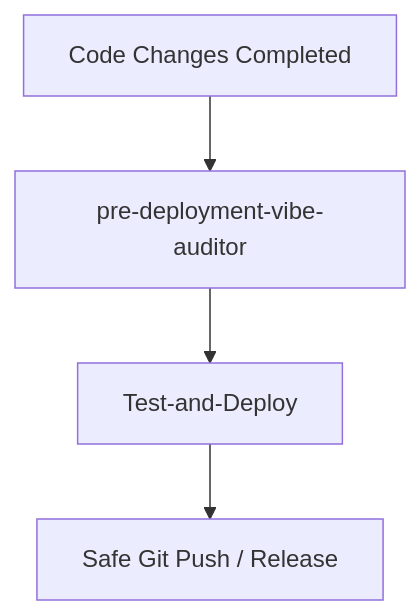
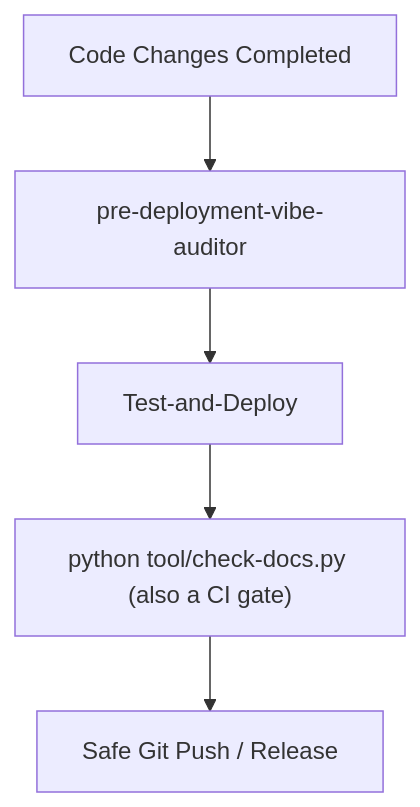
The third of 3 diagrams in HOW-TO.md (GigaionLLC/Airclone), drawn with Mermaid before and after one commit. The commit also changed other lines of this file and 81 other files, not shown here.

````diff
--- a/HOW-TO.md
+++ b/HOW-TO.md
@@ -74,6 +77,7 @@
 ```mermaid
 graph TD
     A[Code Changes Completed] --> B[pre-deployment-vibe-auditor]
     B --> C[Test-and-Deploy]
-    C --> D[Safe Git Push / Release]
+    C --> E["python tool/check-docs.py (also a CI gate)"]
+    E --> D[Safe Git Push / Release]
 ```
````
